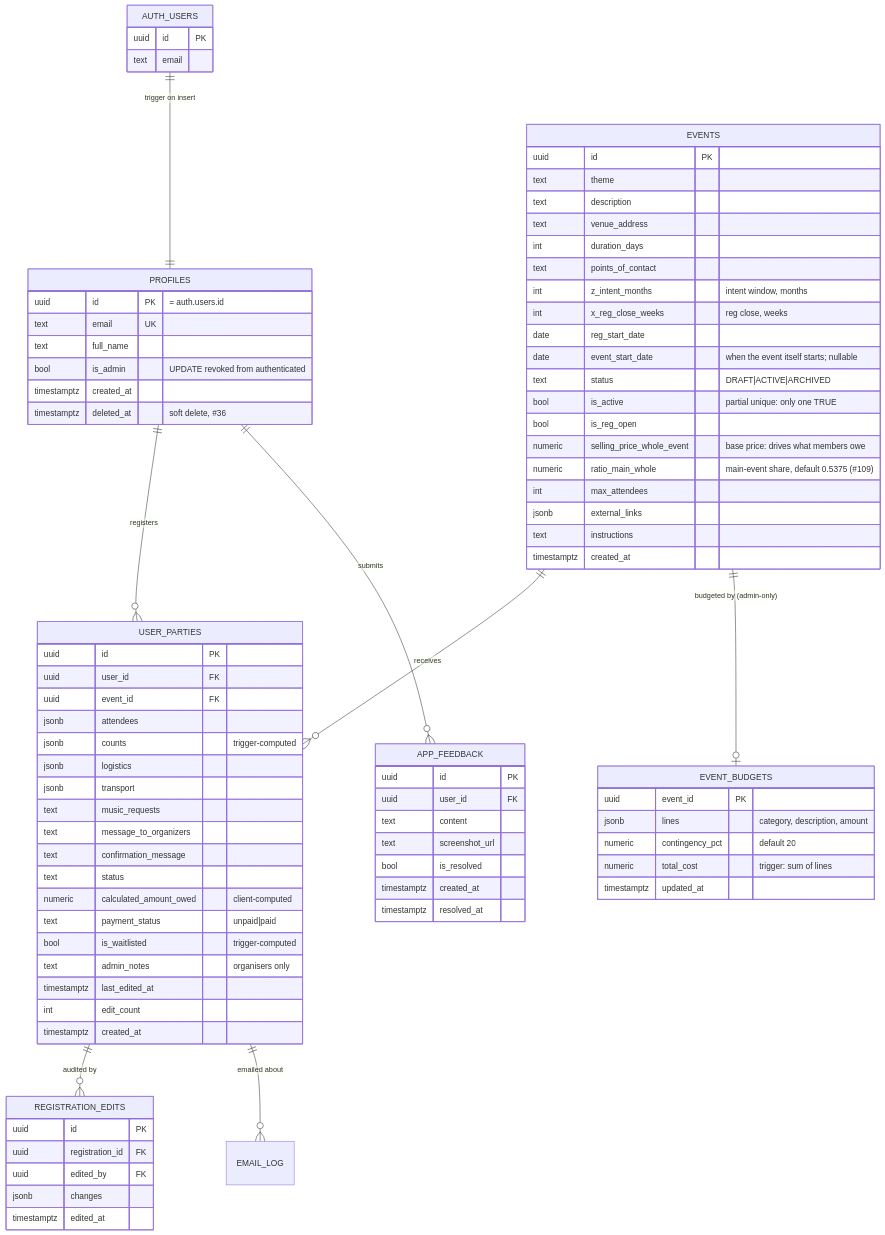
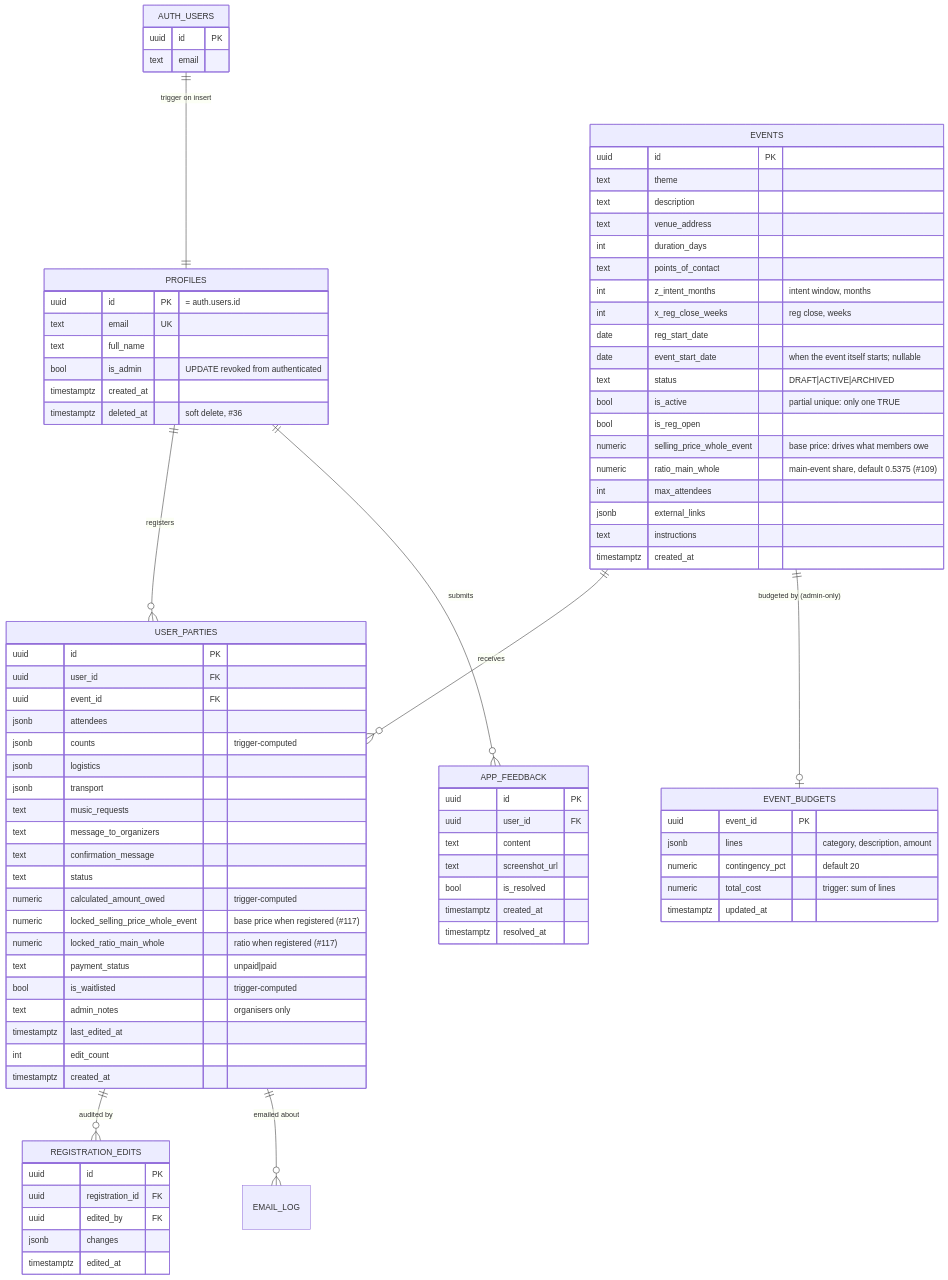
One commit to YULmix/yulmix-la-bedaine changed the first of 2 diagrams in docs/03-data-model.md. Above: the diagram before and after it, drawn with Mermaid. The commit also changed other lines of this file and 19 other files, not shown here.

```diff
--- a/docs/03-data-model.md
+++ b/docs/03-data-model.md
@@ -69,7 +69,9 @@
     text message_to_organizers
     text confirmation_message
     text status
-    numeric calculated_amount_owed "client-computed"
+    numeric calculated_amount_owed "trigger-computed"
+    numeric locked_selling_price_whole_event "base price when registered (#117)"
+    numeric locked_ratio_main_whole "ratio when registered (#117)"
     text payment_status "unpaid|paid"
     bool is_waitlisted "trigger-computed"
     text admin_notes "organisers only"
```
